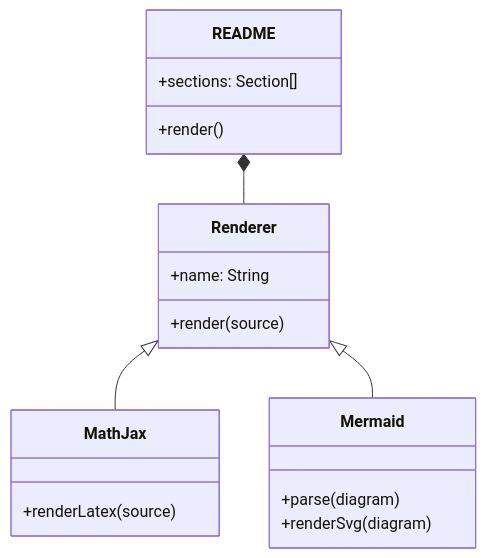
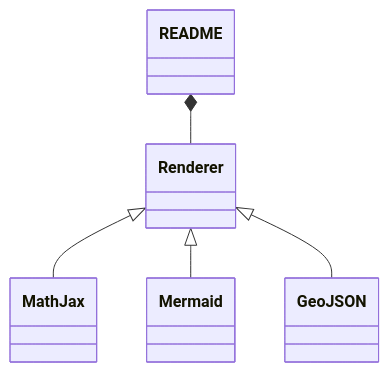
One commit to thiepn/markdown changed the fifth of 16 diagrams in README.md. Above: the diagram before and after it, drawn with Mermaid. The commit also changed other lines of this file, not shown here.

Commit message:
M10: build interactive GeoJSON showcase

````diff
--- a/README.md
+++ b/README.md
@@ -950,22 +802,7 @@
 ```mermaid
 classDiagram
-    class Renderer {
-        +name: String
-        +render(source)
-    }
-    class MathJax {
-        +renderLatex(source)
-    }
-    class Mermaid {
-        +parse(diagram)
-        +renderSvg(diagram)
-    }
-    class README {
-        +sections: Section[]
-        +render()
-    }
-
     Renderer <|-- MathJax
     Renderer <|-- Mermaid
+    Renderer <|-- GeoJSON
     README *-- Renderer
 ```
````
